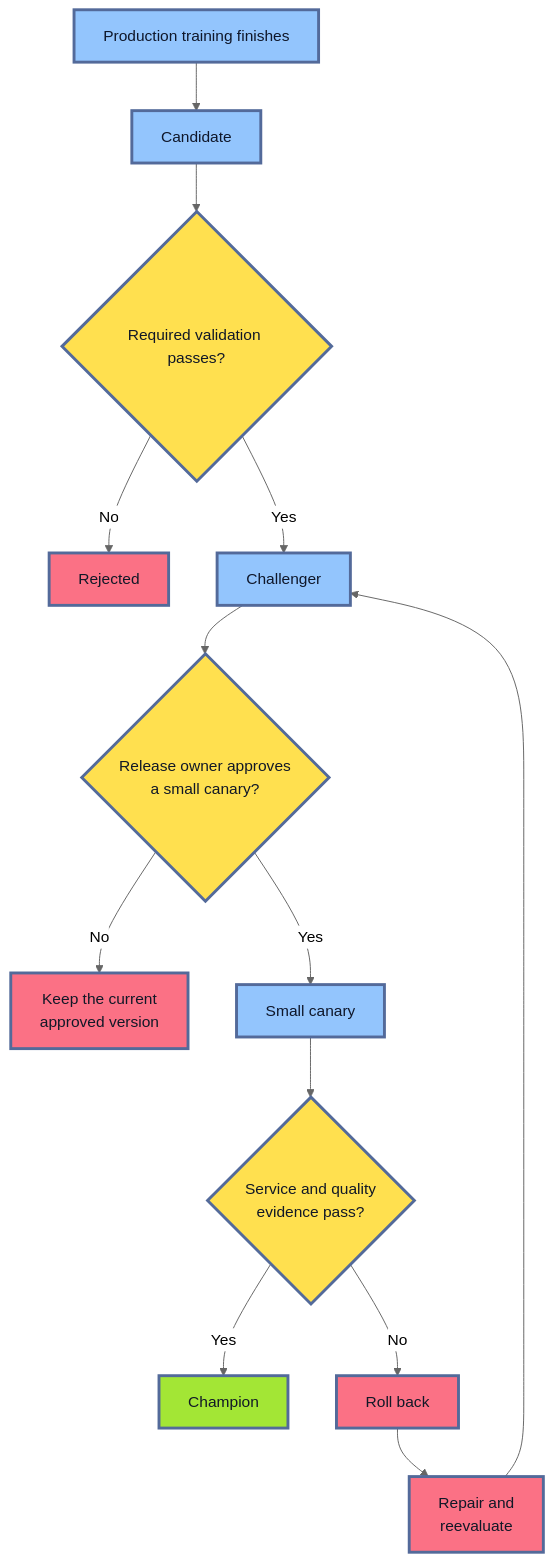
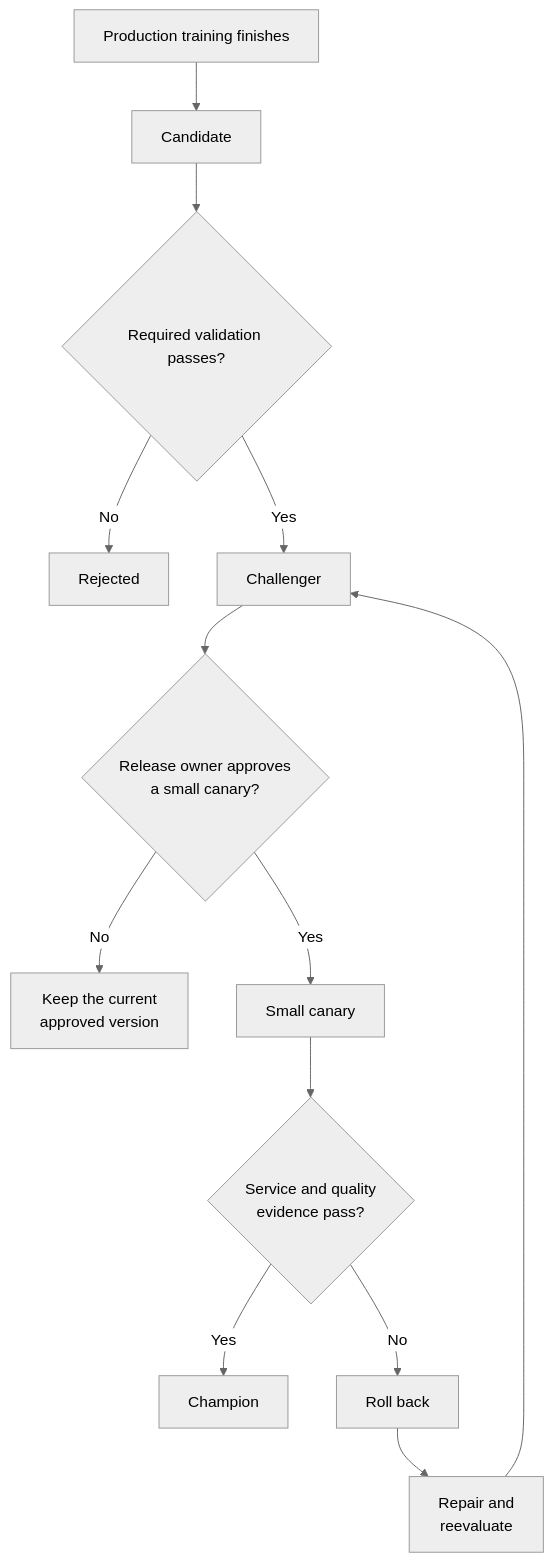
One commit to senlinyy/dev-roadmaps changed the second of 3 diagrams in roadmaps/mlops/modules/mlops-infrastructure/cloud-mlops-services/databricks-mlops/01-databricks-mlops-platform-map.md. Above: the diagram before and after it, drawn with Mermaid (neutral theme). The commit also changed other lines of this file and 152 other files, not shown here.

Commit message:
feat: mlops and diagrams updated

````diff
--- a/roadmaps/mlops/modules/mlops-infrastructure/cloud-mlops-services/databricks-mlops/01-databricks-mlops-platform-map.md
+++ b/roadmaps/mlops/modules/mlops-infrastructure/cloud-mlops-services/databricks-mlops/01-databricks-mlops-platform-map.md
@@ -290,24 +286,20 @@
 ```mermaid
 flowchart TD
     A["Production training finishes"] --> B["Candidate"]
     B --> C{"Required validation passes?"}
     C -->|"No"| D["Rejected"]
     C -->|"Yes"| E["Challenger"]
     E --> F{"Release owner approves<br/>a small canary?"}
     F -->|"No"| G["Keep the current<br/>approved version"]
     F -->|"Yes"| H["Small canary"]
     H --> I{"Service and quality<br/>evidence pass?"}
     I -->|"Yes"| J["Champion"]
     I -->|"No"| K["Roll back"]
     K --> L["Repair and<br/>reevaluate"]
     L --> E
 
-    classDef model fill:#93C5FD,stroke:#536A9A,stroke-width:3px,color:#0F172A
-    classDef decision fill:#FFE04F,stroke:#536A9A,stroke-width:3px,color:#111827
-    classDef approved fill:#A3E635,stroke:#536A9A,stroke-width:3px,color:#111827
-    classDef stopped fill:#FB7185,stroke:#536A9A,stroke-width:3px,color:#111827
     class A,B,E,H model
     class C,F,I decision
     class J approved
     class D,G,K,L stopped
 ```
````
